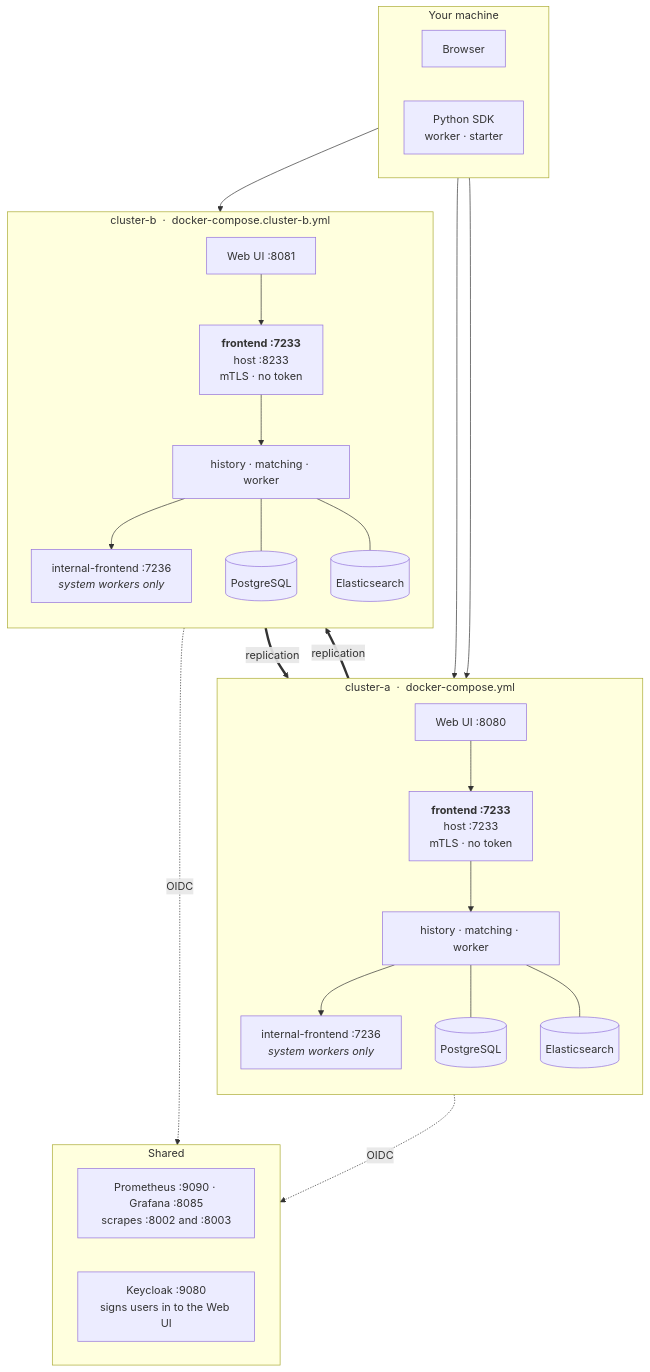
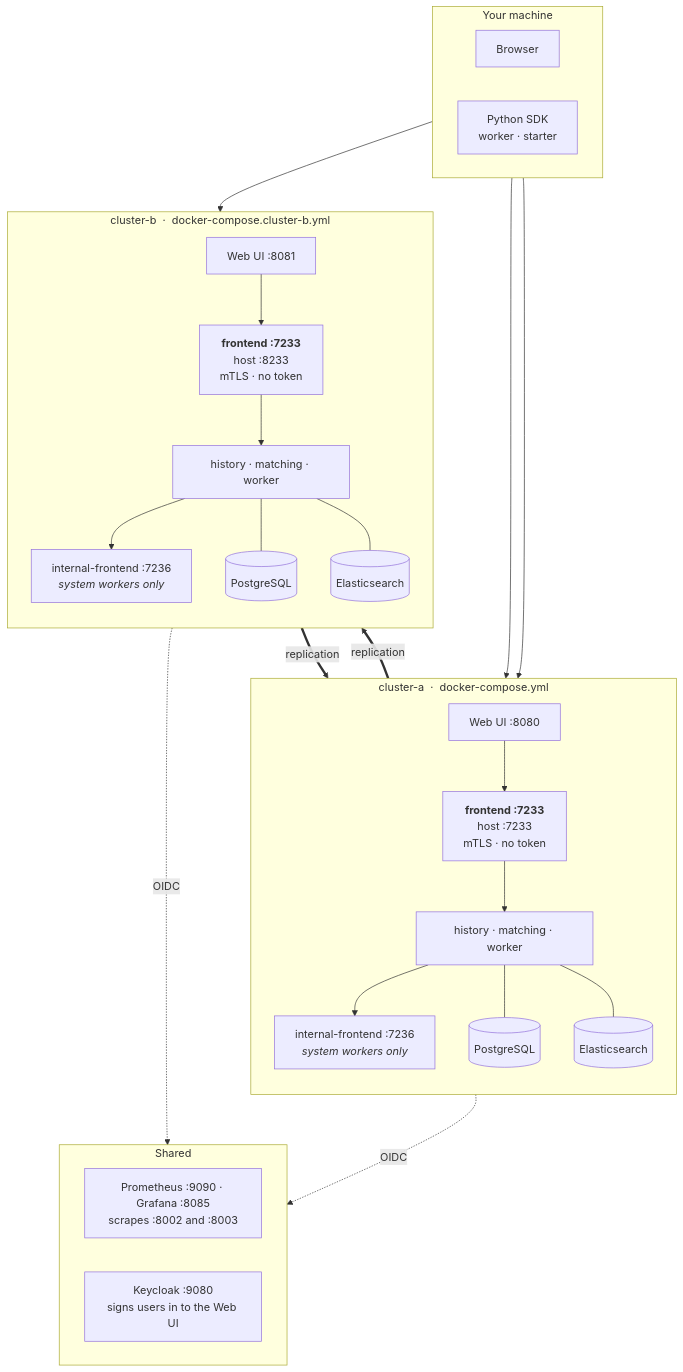
The first of 2 diagrams in README.md (adam-quan/temporal-replication-mtls), drawn with Mermaid before and after one commit. The commit also changed other lines of this file and 2 other files, not shown here.

Commit message:
Align the two cluster boxes in the topology diagram
cluster-a and cluster-b now sit on the same rows, with cluster-a on the left,
under "Your machine" and above "Shared".

Two changes got there. The CLA ~~~ CLB link added last time was itself the
thing holding the clusters one rank apart, so it is gone. And the replication
edges are now drawn frontend-to-peer-history rather than history-to-peer-
frontend: dagre ranks the target below the source, and only this orientation
lets both frontends share a row.

That means the arrows now follow the data rather than the connection. The
caption says so, because the connection is opened the other way round - each
cluster's history service dials the peer's frontend and streams from it.

Also fixes a caption missed in the last change, which still described
replication as landing on the internal frontend.

````diff
--- a/README.md
+++ b/README.md
@@ -41,61 +40,63 @@
 ```mermaid
 flowchart TB
     subgraph HOST["Your machine"]
         direction LR
         BROWSER["Browser"]
         SDK["Python SDK<br/>worker · starter"]
     end
 
     subgraph CLA["cluster-a &nbsp;·&nbsp; docker-compose.yml"]
         direction TB
         UIA["Web UI :8080"]
         FA["<b>frontend :7233</b><br/>host :7233<br/>mTLS · no token"]
         COREA["history · matching · worker"]
         IFA["internal-frontend :7236<br/><i>system workers only</i>"]
         PGA[("PostgreSQL")]
         ESA[("Elasticsearch")]
     end
     subgraph CLB["cluster-b &nbsp;·&nbsp; docker-compose.cluster-b.yml"]
         direction TB
         UIB["Web UI :8081"]
         FB["<b>frontend :7233</b><br/>host :8233<br/>mTLS · no token"]
         COREB["history · matching · worker"]
         IFB["internal-frontend :7236<br/><i>system workers only</i>"]
         PGB[("PostgreSQL")]
         ESB[("Elasticsearch")]
     end
 
     subgraph SHARED["Shared"]
         direction LR
         PROM["Prometheus :9090 · Grafana :8085<br/>scrapes :8002 and :8003"]
         KC["Keycloak :9080<br/>signs users in to the Web UI"]
     end
 
     BROWSER --> UIA
     BROWSER --> UIB
     SDK --> FA
 
     UIA --> FA
     UIB --> FB
     FA --> COREA
     FB --> COREB
     COREA --> IFA
     COREB --> IFB
     COREA --- PGA
     COREA --- ESA
     COREB --- PGB
     COREB --- ESB
 
-    COREA ==>|"replication"| FB
-    COREB ==>|"replication"| FA
+    %% Arrows follow the data. The connection is opened the other way round -
+    %% each cluster's history service dials the peer's frontend - but drawing it
+    %% that way makes dagre rank one cluster below the other, and the pair comes
+    %% out staggered instead of side by side.
+    FB ==>|"replication"| COREA
+    FA ==>|"replication"| COREB
 
-    %% Invisible links, purely for layout. Without the first, the replication
-    %% edges make dagre rank one cluster below the other and the pair comes out
-    %% staggered; without the other two, the Shared box drifts up beside them.
-    CLA ~~~ CLB
+    %% Invisible links, purely for layout: without them the Shared box drifts up
+    %% beside the clusters instead of sitting under them.
     IFA ~~~ PROM
     IFB ~~~ PROM
 
     UIA -.->|OIDC| KC
     UIB -.->|OIDC| KC
 ```
````
